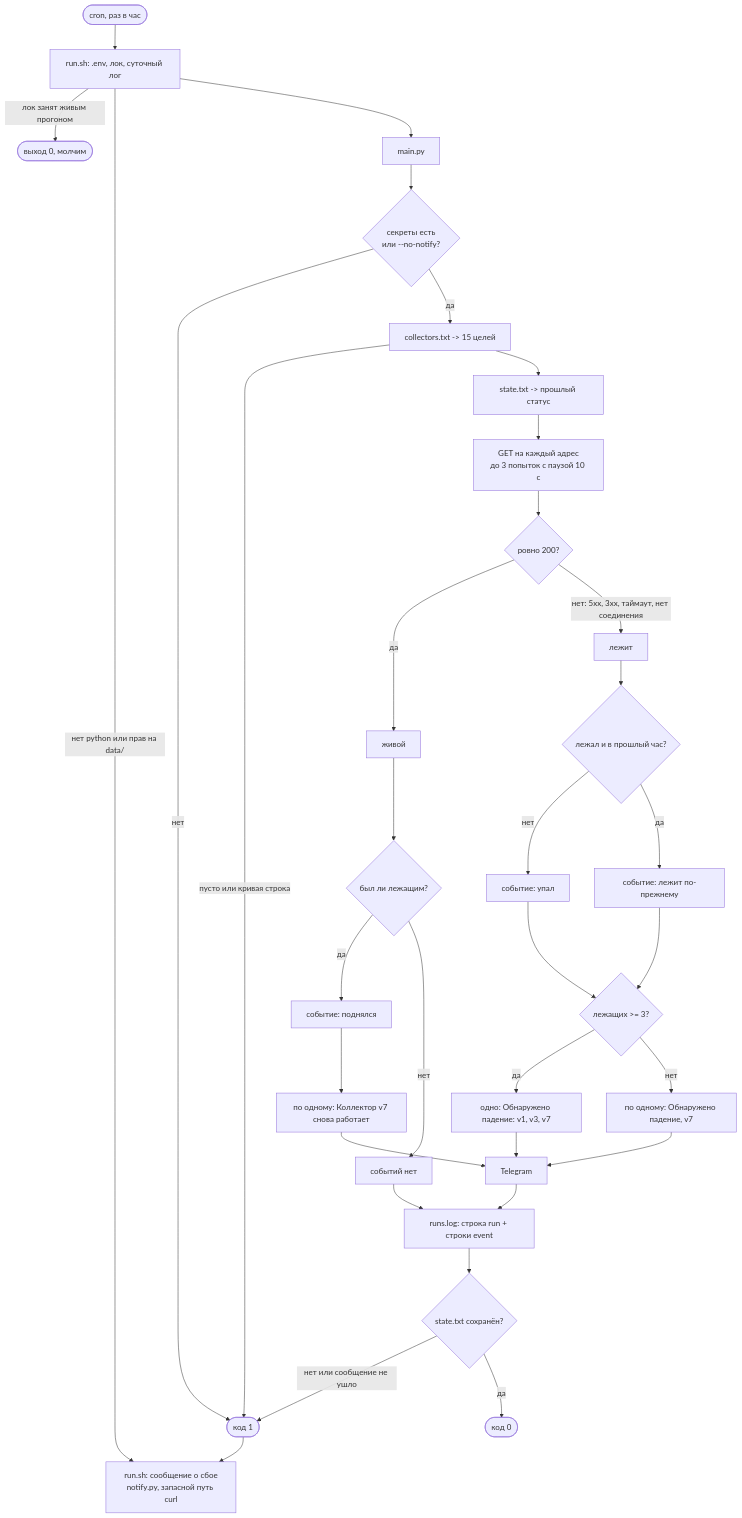
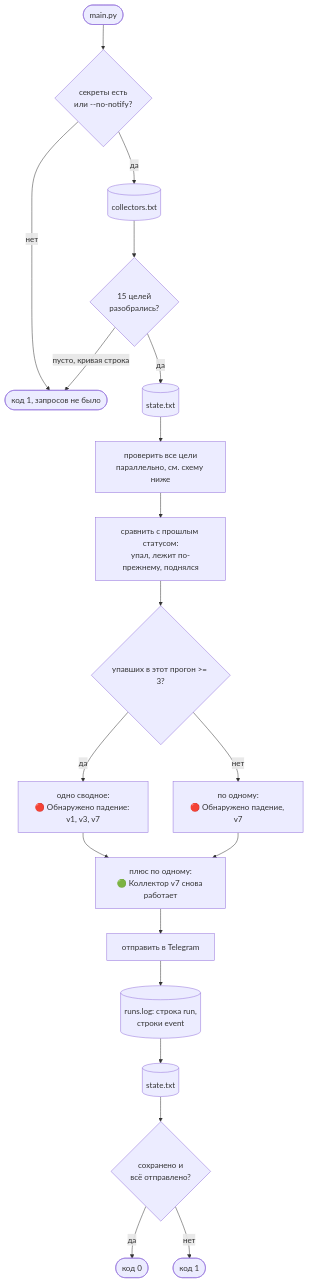
Before and after one commit to not-hehe/digital_tools: the second of 3 diagrams in automation/collector_checker/README.md, drawn with Mermaid. The commit also changed other lines of this file and 4 other files, not shown here.

First line of the commit message:
collector_checker: сообщение один раз на падение и подъём, цветные метки

````diff
--- a/automation/collector_checker/README.md
+++ b/automation/collector_checker/README.md
@@ -48,43 +73,20 @@
 ```mermaid
 flowchart TD
-    CRON([cron, раз в час]) --> RS[run.sh: .env, лок, суточный лог]
-    RS -->|лок занят живым прогоном| EXIT0([выход 0, молчим])
-    RS -->|нет python или прав на data/| ALERT
-    RS --> MAIN[main.py]
-
-    MAIN --> SEC{секреты есть<br/>или --no-notify?}
-    SEC -->|нет| FAIL1([код 1])
-    SEC -->|да| LIST[collectors.txt -> 15 целей]
-    LIST -->|пусто или кривая строка| FAIL1
-    LIST --> STATE[state.txt -> прошлый статус]
-    STATE --> PROBE[GET на каждый адрес<br/>до 3 попыток с паузой 10 с]
-
-    PROBE --> OK{ровно 200?}
-    OK -->|да| UP[живой]
-    OK -->|нет: 5xx, 3xx, таймаут, нет соединения| DOWN[лежит]
-
-    UP --> CMP{был ли лежащим?}
-    CMP -->|да| EVUP[событие: поднялся]
-    CMP -->|нет| NOEV[событий нет]
-    DOWN --> CMP2{лежал и в прошлый час?}
-    CMP2 -->|нет| EVDOWN[событие: упал]
-    CMP2 -->|да| EVSTILL[событие: лежит по-прежнему]
-
-    EVDOWN --> MSG
-    EVSTILL --> MSG
-    MSG{лежащих >= 3?}
-    MSG -->|да| COMB["одно: Обнаружено падение: v1, v3, v7"]
-    MSG -->|нет| SINGLE["по одному: Обнаружено падение, v7"]
-    EVUP --> UPMSG["по одному: Коллектор v7 снова работает"]
-
-    COMB --> TG[Telegram]
-    SINGLE --> TG
-    UPMSG --> TG
-    NOEV --> LOG
-    TG --> LOG[runs.log: строка run + строки event]
-    LOG --> SAVE{state.txt сохранён?}
-    SAVE -->|нет или сообщение не ушло| FAIL1
-    SAVE -->|да| EXIT([код 0])
-
-    FAIL1 --> ALERT[run.sh: сообщение о сбое<br/>notify.py, запасной путь curl]
+    START([main.py]) --> SEC{секреты есть<br/>или --no-notify?}
+    SEC -->|нет| EXIT1([код 1, запросов не было])
+    SEC -->|да| LIST[(collectors.txt)] --> PARSE{15 целей<br/>разобрались?}
+    PARSE -->|пусто, кривая строка| EXIT1
+    PARSE -->|да| STATE[(state.txt)] --> PROBE[проверить все цели<br/>параллельно, см. схему ниже]
+    PROBE --> EVENTS[сравнить с прошлым статусом:<br/>упал, лежит по-прежнему, поднялся]
+    EVENTS --> MSG{упавших в этот прогон >= 3?}
+    MSG -->|да| COMB["одно сводное:<br/>🔴 Обнаружено падение: v1, v3, v7"]
+    MSG -->|нет| SINGLE["по одному:<br/>🔴 Обнаружено падение, v7"]
+    COMB --> UPMSG["плюс по одному:<br/>🟢 Коллектор v7 снова работает"]
+    SINGLE --> UPMSG
+    UPMSG --> TG[отправить в Telegram]
+    TG --> RUNLOG[(runs.log: строка run,<br/>строки event)]
+    RUNLOG --> SAVE[(state.txt)]
+    SAVE --> DONE{сохранено и<br/>всё отправлено?}
+    DONE -->|да| EXIT0([код 0])
+    DONE -->|нет| EXIT1B([код 1])
 ```
````
